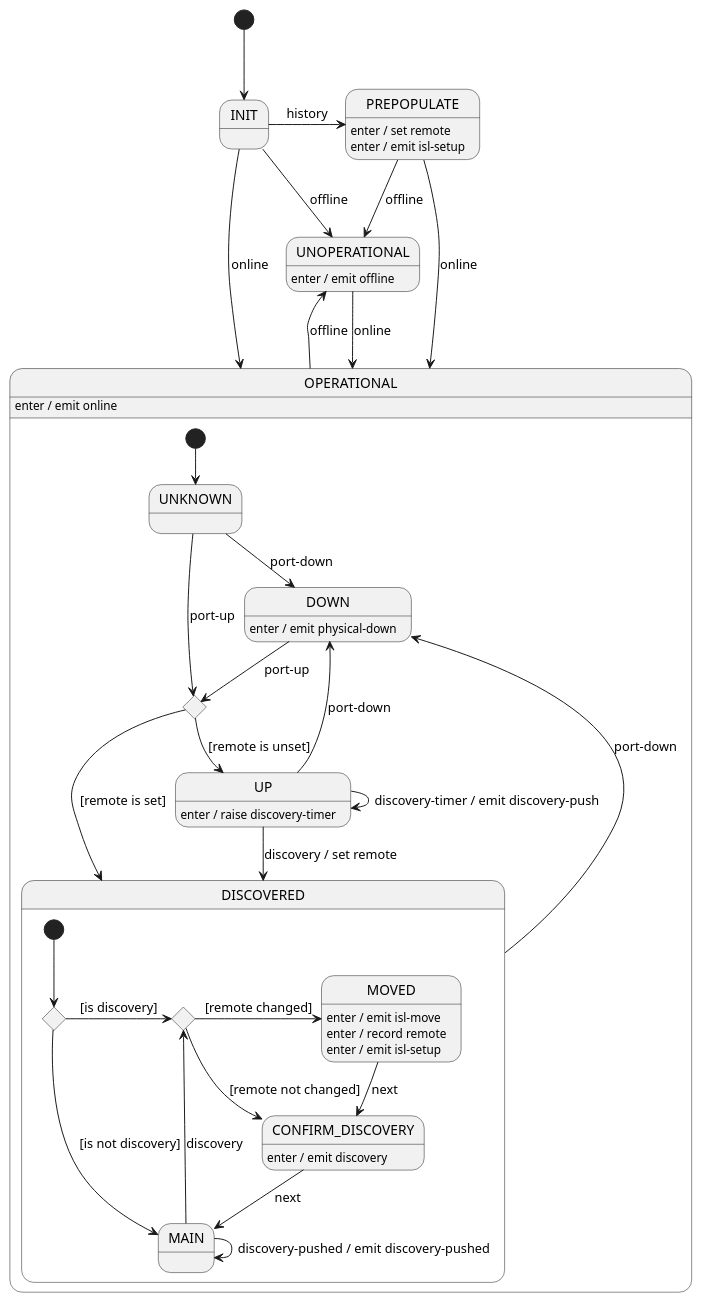
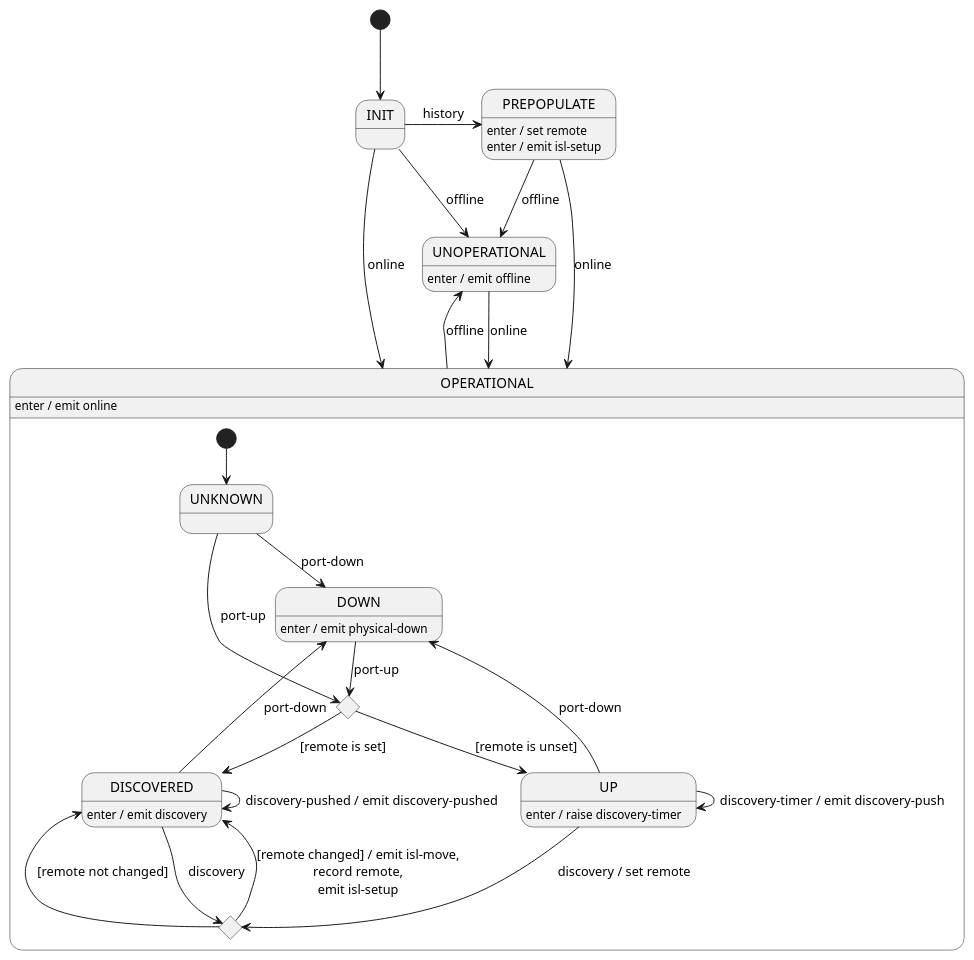
Before and after one commit to jangwonpark74/open-kilda: the diagram in docs/design/network-discovery/port-FSM.puml, drawn with PlantUML.

```diff
--- a/docs/design/network-discovery/port-FSM.puml
+++ b/docs/design/network-discovery/port-FSM.puml
@@ -22,65 +22,49 @@
 @startuml
 [*] --> INIT
 
 INIT -r-> PREPOPULATE : history
 INIT --> UNOPERATIONAL : offline
 INIT --> OPERATIONAL : online
 
 PREPOPULATE --> OPERATIONAL : online
 PREPOPULATE --> UNOPERATIONAL : offline
 PREPOPULATE : enter / set remote
 PREPOPULATE : enter / emit isl-setup
 
 state OPERATIONAL {
     OPERATIONAL : enter / emit online
 
     state discoveredChoice <<choice>>
+    state movedChoice <<choice>>
 
     [*] --> UNKNOWN
 
     UNKNOWN --> DOWN : port-down
     UNKNOWN --> discoveredChoice : port-up
 
     UP -u-> DOWN : port-down
     UP --> UP : discovery-timer / emit discovery-push
-    UP --> DISCOVERED : discovery / set remote
+    UP --> movedChoice : discovery / set remote
     UP : enter / raise discovery-timer
 
     DOWN --> discoveredChoice : port-up
     DOWN : enter / emit physical-down
 
     discoveredChoice --> UP : [remote is unset]
     discoveredChoice --> DISCOVERED : [remote is set]
 
-    state DISCOVERED {
-        state entryChoice <<choice>>
-        state movedChoice <<choice>>
+    movedChoice --> DISCOVERED : [remote not changed]
+    movedChoice -> DISCOVERED : [remote changed] / emit isl-move,\nrecord remote,\nemit isl-setup
 
-        [*] --> entryChoice
-
-        entryChoice -> movedChoice : [is discovery]
-        entryChoice --> MAIN : [is not discovery]
-        
-        movedChoice --> CONFIRM_DISCOVERY : [remote not changed]
-        movedChoice -> MOVED : [remote changed]
-
-        MAIN -> movedChoice : discovery
-        MAIN --> MAIN : discovery-pushed / emit discovery-pushed
-
-        MOVED --> CONFIRM_DISCOVERY : next
-        MOVED : enter / emit isl-move
-        MOVED : enter / record remote
-        MOVED : enter / emit isl-setup
-
-        CONFIRM_DISCOVERY --> MAIN : next
-        CONFIRM_DISCOVERY : enter / emit discovery
-    }
+    DISCOVERED --> movedChoice : discovery
+    DISCOVERED --> DISCOVERED : discovery-pushed / emit discovery-pushed
     DISCOVERED --> DOWN : port-down
+    DISCOVERED : enter / emit discovery
 }
 
 OPERATIONAL --> UNOPERATIONAL : offline
 
 UNOPERATIONAL --> OPERATIONAL : online
 UNOPERATIONAL : enter / emit offline
 
 @enduml
```
